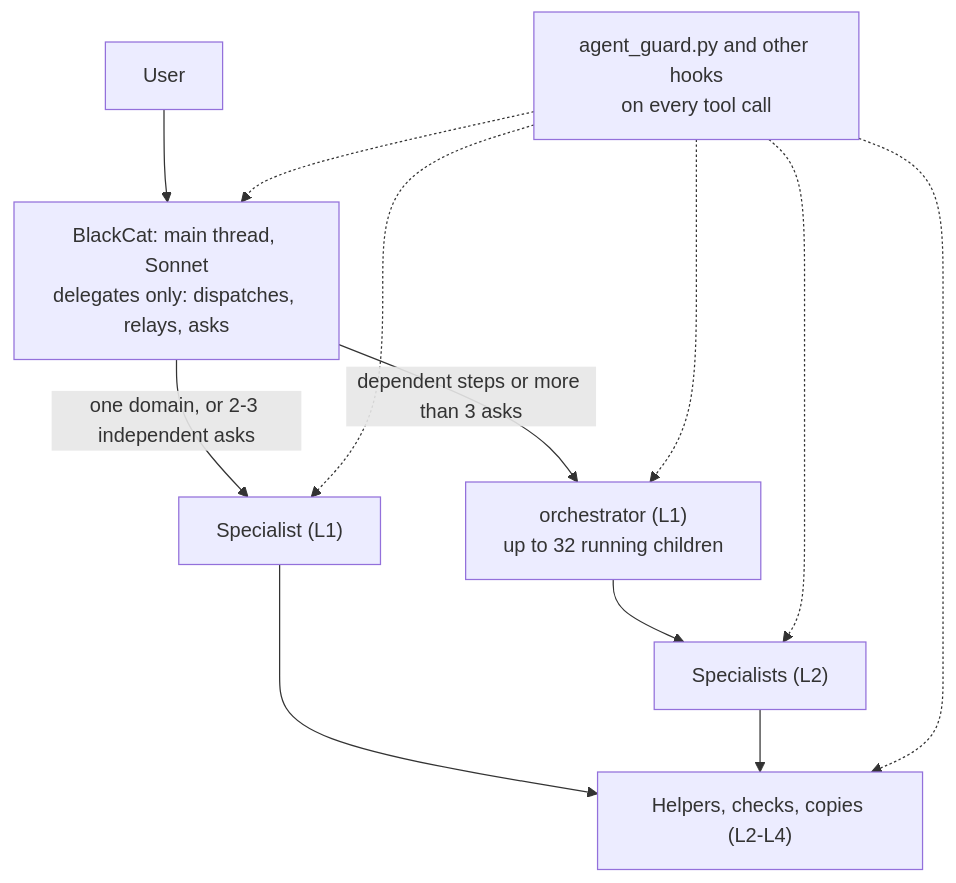
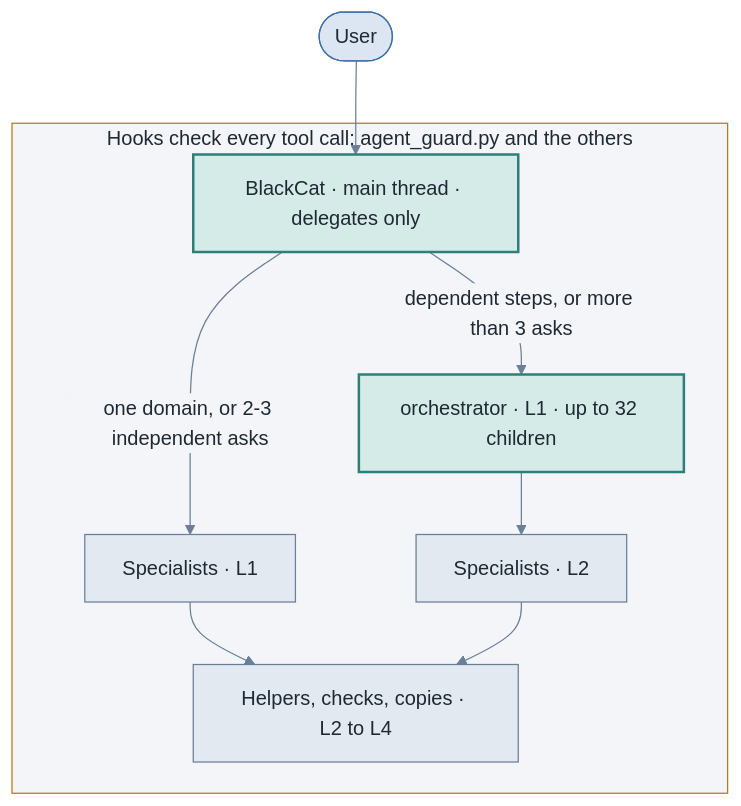
The diagram in README.md (pmrjge/blackcat), drawn with Mermaid before and after one commit. The commit also changed other lines of this file, not shown here.

Commit message:
README: one recoloured architecture diagram, simpler top, quick start; BlackCat is delegate-only

````diff
--- a/README.md
+++ b/README.md
@@ -127,14 +14,26 @@
 ```mermaid
+%%{init: {'theme':'base','themeVariables': {'primaryColor':'#e3e9f0','primaryTextColor':'#1f2933','primaryBorderColor':'#6b7f99','lineColor':'#6b7f99','secondaryColor':'#d5ebe8','tertiaryColor':'#f3f5f8','clusterBkg':'#f3f5f8','clusterBorder':'#b7791f','titleColor':'#1f2933','edgeLabelBackground':'#f3f5f8','background':'#f3f5f8'}}}%%
 flowchart TD
-  U["User"] --> B["BlackCat: main thread, Sonnet<br/>delegates only: dispatches, relays, asks"]
-  B -->|"one domain, or 2-3 independent asks"| S1["Specialist (L1)"]
-  B -->|"dependent steps or more than 3 asks"| O["orchestrator (L1)<br/>up to 32 running children"]
-  O --> S2["Specialists (L2)"]
-  S1 --> H["Helpers, checks, copies (L2-L4)"]
+  accTitle: claude-agent-stack architecture
+  accDescr: The user talks to BlackCat, which delegates each job to specialists or to the orchestrator. Specialists spawn helpers down to level 4. Hooks check every tool call of every agent.
+  U(["User"])
+  subgraph T["Hooks check every tool call: agent_guard.py and the others"]
+    B["BlackCat · main thread · delegates only"]
+    S1["Specialists · L1"]
+    O["orchestrator · L1 · up to 32 children"]
+    S2["Specialists · L2"]
+    H["Helpers, checks, copies · L2 to L4"]
+  end
+  U --> B
+  B -->|"one domain, or 2-3 independent asks"| S1
+  B -->|"dependent steps, or more than 3 asks"| O
+  O --> S2
+  S1 --> H
   S2 --> H
-  G["agent_guard.py and other hooks<br/>on every tool call"] -.-> B
-  G -.-> O
-  G -.-> S1
-  G -.-> S2
-  G -.-> H
+  %% Palette, one colour per role: slate = agents and edges, teal = orchestration,
+  %% amber = guard and hooks, blue = user-facing. Same role, same colour in every diagram.
+  classDef orch fill:#d5ebe8,stroke:#2f7f78,stroke-width:2px,color:#1f2933
+  classDef user fill:#dce6f3,stroke:#3f6ea8,stroke-width:1px,color:#1f2933
+  class B,O orch
+  class U user
 ```
````
